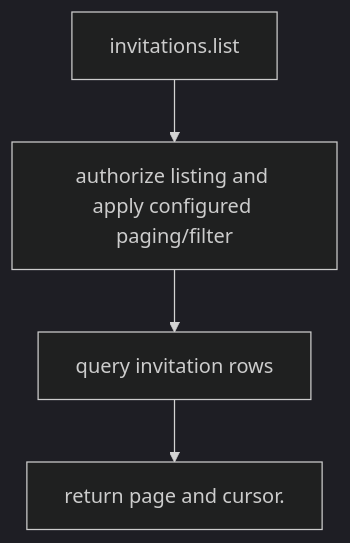
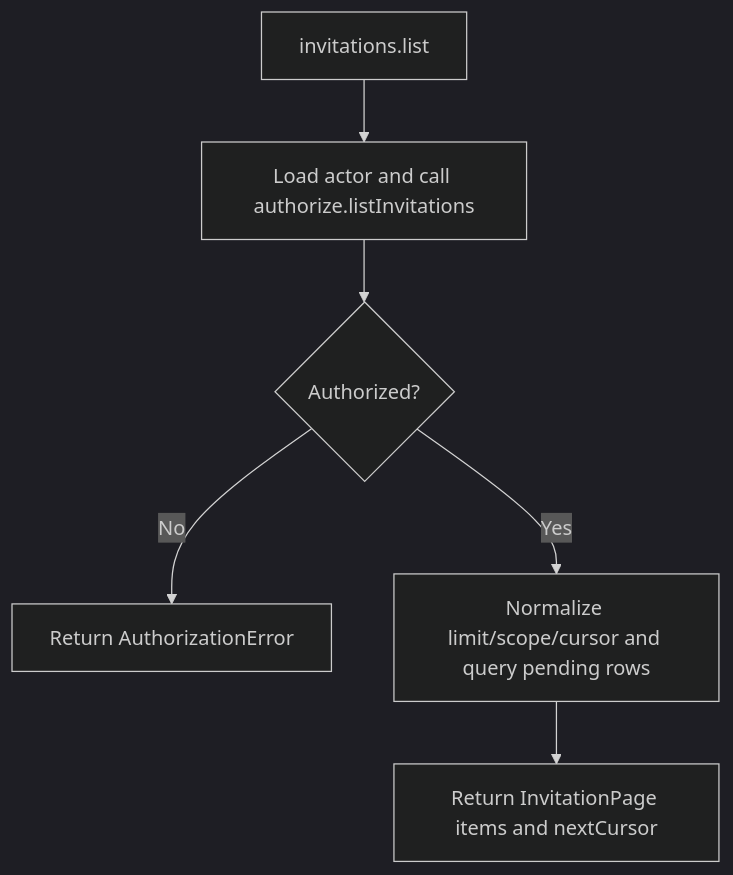
One commit to Kevinjohn/oss-adonisjs-account-kit changed the second of 2 diagrams in user-stories/US-ACCOUNT-10-list-invitations.md. Above: the diagram before and after it, drawn with Mermaid (dark theme). The commit also changed other lines of this file and 17 other files, not shown here.

````diff
--- a/user-stories/US-ACCOUNT-10-list-invitations.md
+++ b/user-stories/US-ACCOUNT-10-list-invitations.md
@@ -33,10 +30,8 @@
 ```mermaid
 flowchart TD
-    C0["invitations.list"]
-    C1["authorize listing and apply configured paging/filter"]
-    C0 --> C1
-    C2["query invitation rows"]
-    C1 --> C2
-    C3["return page and cursor."]
-    C2 --> C3
+ A["invitations.list"] --> B["Load actor and call authorize.listInvitations"]
+ B --> C{"Authorized?"}
+ C -->|No| D["Return AuthorizationError"]
+ C -->|Yes| E["Normalize limit/scope/cursor and query pending rows"]
+ E --> F["Return InvitationPage items and nextCursor"]
 ```
````
